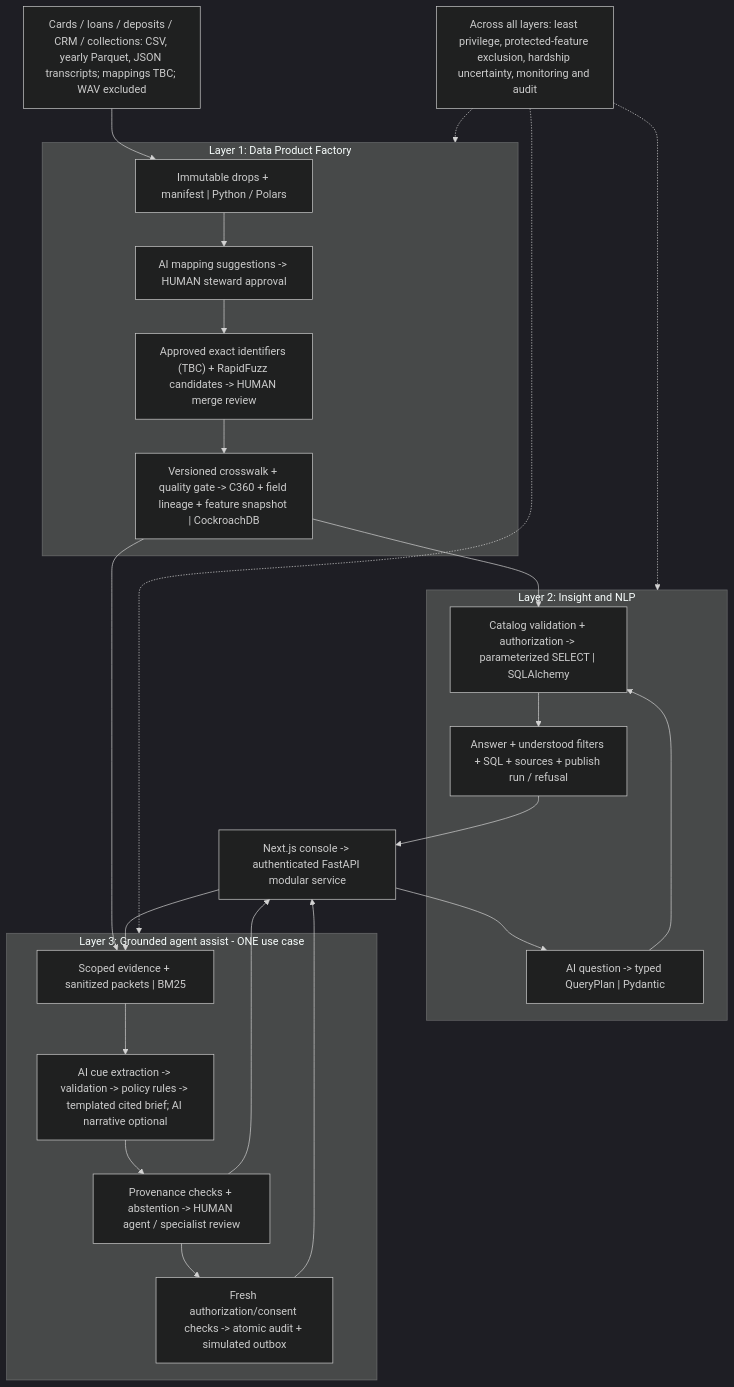
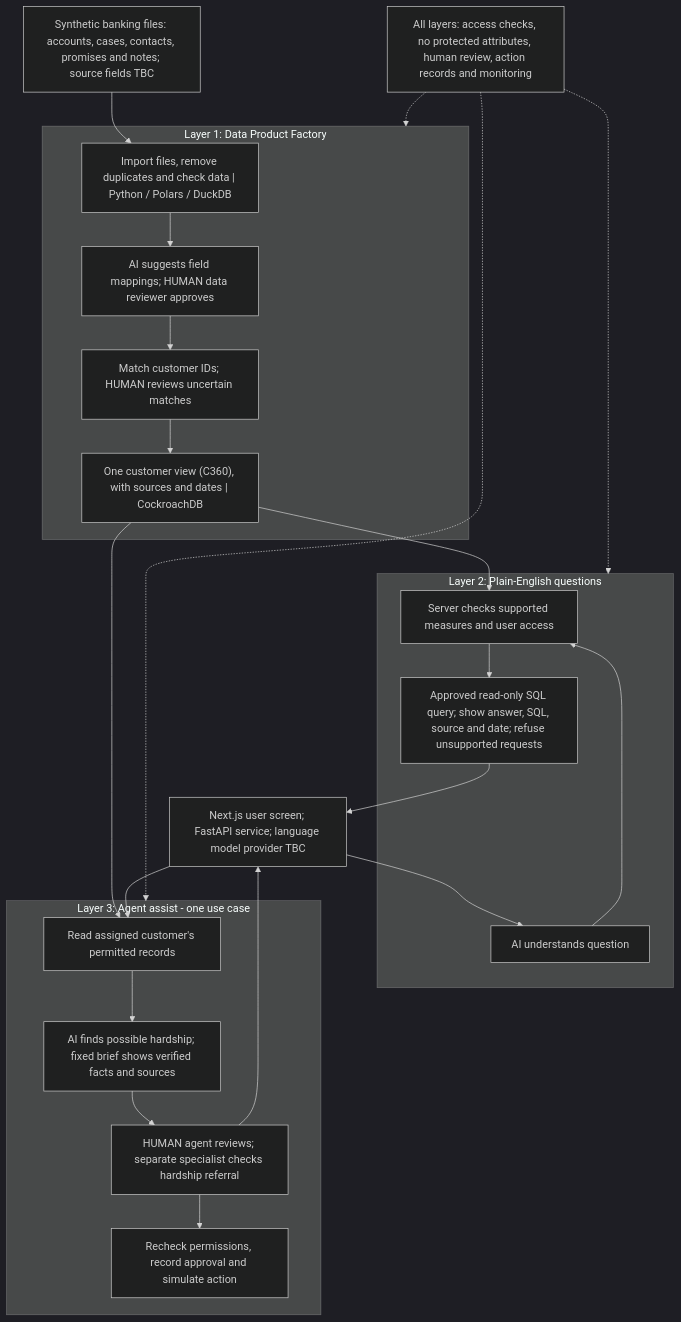
The diagram in docs/architecture.mmd (pg1590/cibc-collections-copilot), drawn with Mermaid (dark theme) before and after one commit. The commit also changed 5 other files, not shown here.

Commit message:
Simplify submission language and keep only required design content

```diff
--- a/docs/architecture.mmd
+++ b/docs/architecture.mmd
@@ -1,34 +1,33 @@
 flowchart TB
-  SRC["Cards / loans / deposits / CRM / collections: CSV, yearly Parquet, JSON transcripts; mappings TBC; WAV excluded"]
+  SRC["Synthetic banking files: accounts, cases, contacts, promises and notes; source fields TBC"]
   subgraph L1["Layer 1: Data Product Factory"]
-    RAW["Immutable drops + manifest | Python / Polars"]
-    MAP["AI mapping suggestions -> HUMAN steward approval"]
-    ID["Approved exact identifiers (TBC) + RapidFuzz candidates -> HUMAN merge review"]
-    GOLD["Versioned crosswalk + quality gate -> C360 + field lineage + feature snapshot | CockroachDB"]
-    RAW --> MAP --> ID --> GOLD
+    LOAD["Import files, remove duplicates and check data | Python / Polars / DuckDB"]
+    MAP["AI suggests field mappings; HUMAN data reviewer approves"]
+    MATCH["Match customer IDs; HUMAN reviews uncertain matches"]
+    VIEW["One customer view (C360), with sources and dates | CockroachDB"]
+    LOAD --> MAP --> MATCH --> VIEW
   end
-  SRC --> RAW
-  subgraph L2["Layer 2: Insight and NLP"]
-    PLAN["AI question -> typed QueryPlan | Pydantic"]
-    SQL["Catalog validation + authorization -> parameterized SELECT | SQLAlchemy"]
-    ANS["Answer + understood filters + SQL + sources + publish run / refusal"]
-    PLAN --> SQL --> ANS
+  SRC --> LOAD
+  subgraph L2["Layer 2: Plain-English questions"]
+    QUESTION["AI understands question"]
+    CHECK["Server checks supported measures and user access"]
+    ANSWER["Approved read-only SQL query; show answer, SQL, source and date; refuse unsupported requests"]
+    QUESTION --> CHECK --> ANSWER
   end
-  subgraph L3["Layer 3: Grounded agent assist - ONE use case"]
-    EV["Scoped evidence + sanitized packets | BM25"]
-    BR["AI cue extraction -> validation -> policy rules -> templated cited brief; AI narrative optional"]
-    CHECK["Provenance checks + abstention -> HUMAN agent / specialist review"]
-    ACT["Fresh authorization/consent checks -> atomic audit + simulated outbox"]
-    EV --> BR --> CHECK --> ACT
+  subgraph L3["Layer 3: Agent assist - one use case"]
+    RECORDS["Read assigned customer's permitted records"]
+    BRIEF["AI finds possible hardship; fixed brief shows verified facts and sources"]
+    REVIEW["HUMAN agent reviews; separate specialist checks hardship referral"]
+    APPROVE["Recheck permissions, record approval and simulate action"]
+    RECORDS --> BRIEF --> REVIEW --> APPROVE
   end
-  GOLD --> SQL
-  GOLD --> EV
-  UI["Next.js console -> authenticated FastAPI modular service"] --> PLAN
-  UI --> EV
-  ANS --> UI
-  CHECK --> UI
-  ACT --> UI
-  GOV["Across all layers: least privilege, protected-feature exclusion, hardship uncertainty, monitoring and audit"]
+  VIEW --> CHECK
+  VIEW --> RECORDS
+  UI["Next.js user screen; FastAPI service; language model provider TBC"] --> QUESTION
+  UI --> RECORDS
+  ANSWER --> UI
+  REVIEW --> UI
+  GOV["All layers: access checks, no protected attributes, human review, action records and monitoring"]
   GOV -.-> L1
   GOV -.-> L2
   GOV -.-> L3
```
